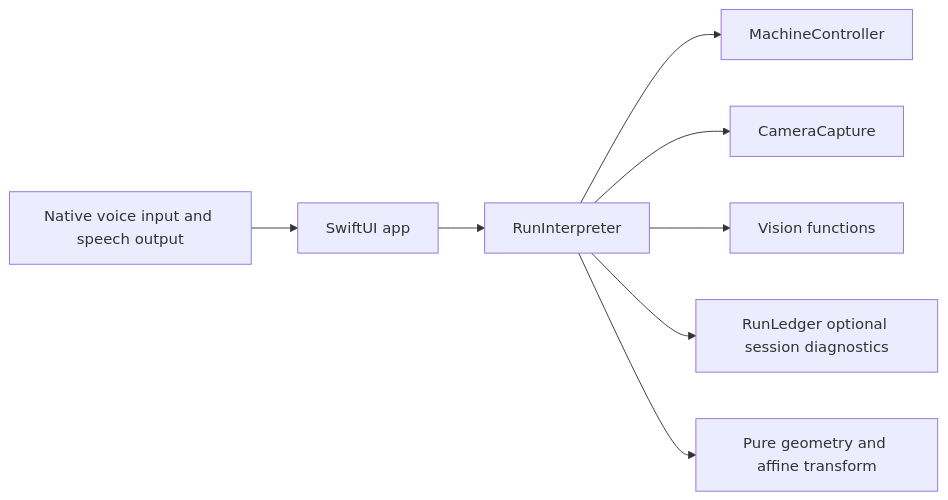
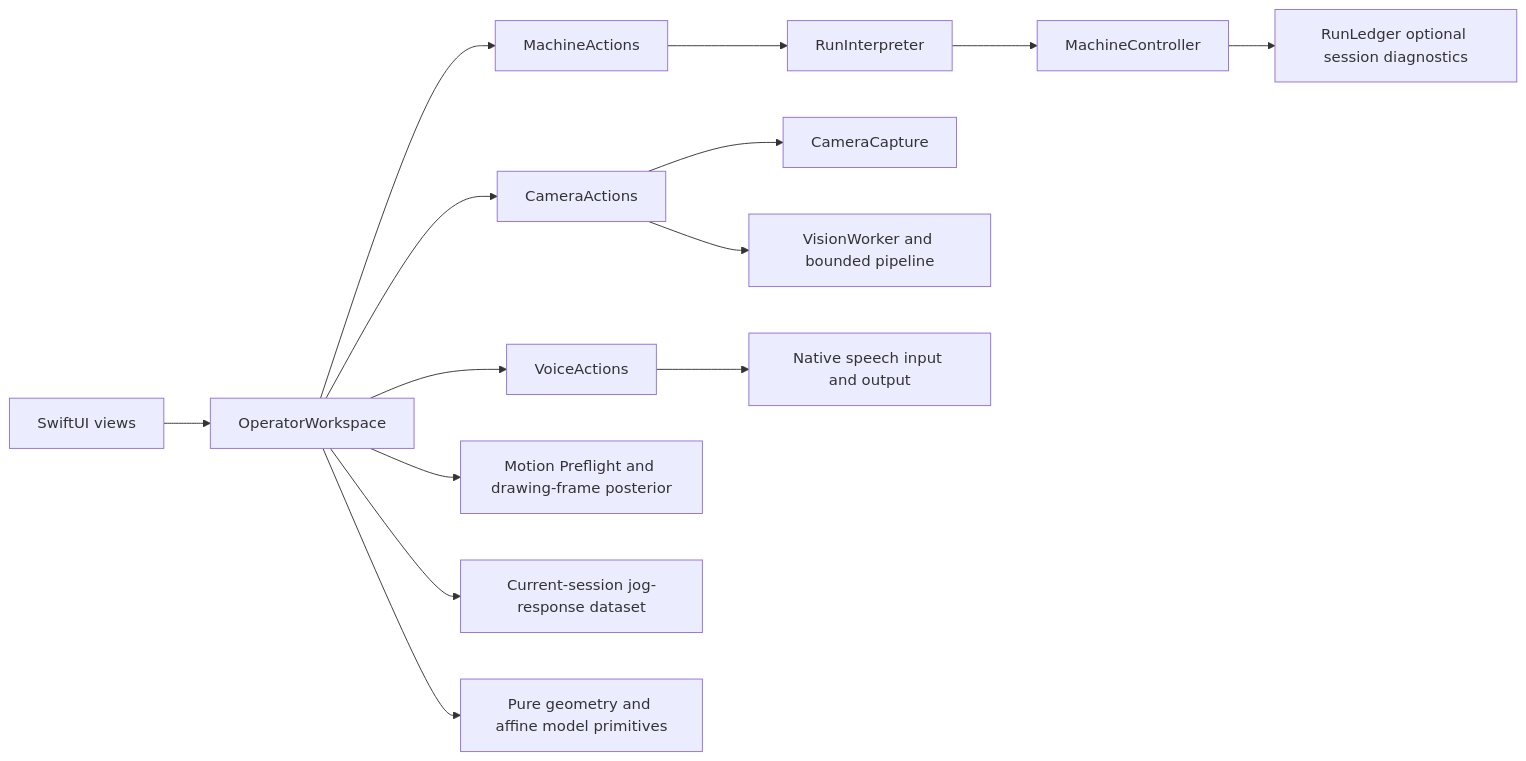
The diagram in docs/SWIFT_ADAPTIVE_PLOTTER_ARCHITECTURE.md (extemporaneousb/AdaptivePlotter), drawn with Mermaid before and after one commit. The commit also changed other lines of this file and 29 other files, not shown here.

````diff
--- a/docs/SWIFT_ADAPTIVE_PLOTTER_ARCHITECTURE.md
+++ b/docs/SWIFT_ADAPTIVE_PLOTTER_ARCHITECTURE.md
@@ -28,10 +28,16 @@
 ```mermaid
 flowchart LR
-    VOICE["Native voice input and speech output"] --> UI["SwiftUI app"]
-    UI --> RUN["RunInterpreter"]
+    UI["SwiftUI views"] --> WORKSPACE["OperatorWorkspace"]
+    WORKSPACE --> MACHINE["MachineActions"]
+    MACHINE --> RUN["RunInterpreter"]
     RUN --> CTRL["MachineController"]
-    RUN --> CAM["CameraCapture"]
-    RUN --> VISION["Vision functions"]
-    RUN --> JOURNAL["RunLedger optional session diagnostics"]
-    RUN --> GEOM["Pure geometry and affine transform"]
+    CTRL --> JOURNAL["RunLedger optional session diagnostics"]
+    WORKSPACE --> CAMERA["CameraActions"]
+    CAMERA --> CAPTURE["CameraCapture"]
+    CAMERA --> VISION["VisionWorker and bounded pipeline"]
+    WORKSPACE --> VOICE["VoiceActions"]
+    VOICE --> SPEECH["Native speech input and output"]
+    WORKSPACE --> PREFLIGHT["Motion Preflight and drawing-frame posterior"]
+    WORKSPACE --> LEARNING["Current-session jog-response dataset"]
+    WORKSPACE --> GEOM["Pure geometry and affine model primitives"]
 ```
````
